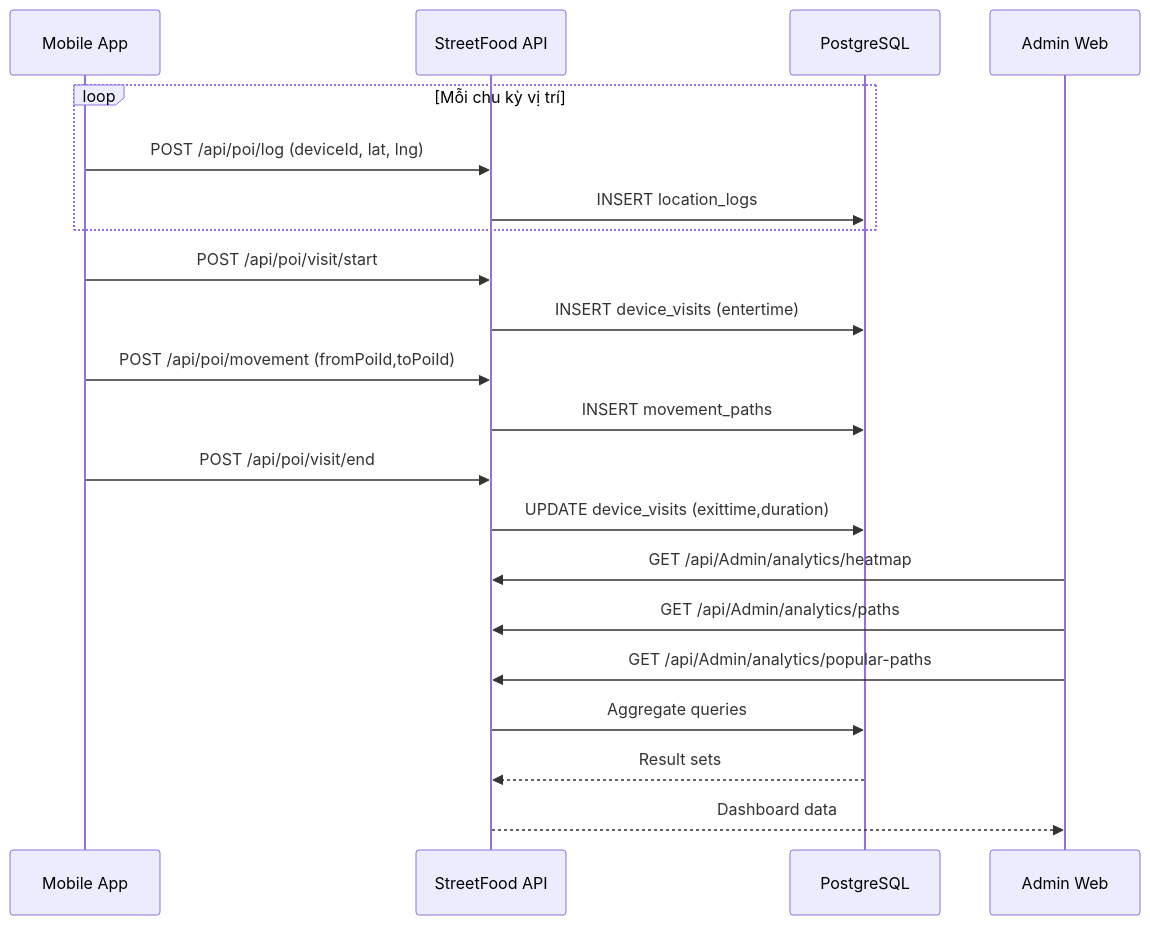
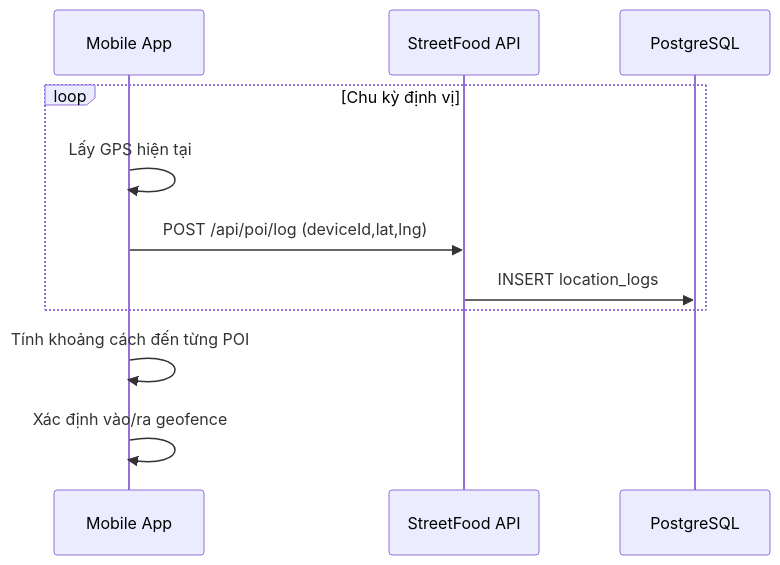
The tenth of 44 diagrams in prd.md (NguyenPhuc-Du/StreetFood), drawn with Mermaid before and after one commit. The commit also changed other lines of this file and 22 other files, not shown here.

````diff
--- a/prd.md
+++ b/prd.md
@@ -782,26 +789,14 @@
 ```mermaid
 sequenceDiagram
     participant M as Mobile App
     participant API as StreetFood API
     participant DB as PostgreSQL
-    participant A as Admin Web
 
-    loop Mỗi chu kỳ vị trí
-      M->>API: POST /api/poi/log (deviceId, lat, lng)
+    loop Chu kỳ định vị
+      M->>M: Lấy GPS hiện tại
+      M->>API: POST /api/poi/log (deviceId,lat,lng)
       API->>DB: INSERT location_logs
     end
-
-    M->>API: POST /api/poi/visit/start
-    API->>DB: INSERT device_visits (entertime)
-    M->>API: POST /api/poi/movement (fromPoiId,toPoiId)
-    API->>DB: INSERT movement_paths
-    M->>API: POST /api/poi/visit/end
-    API->>DB: UPDATE device_visits (exittime,duration)
-
-    A->>API: GET /api/Admin/analytics/heatmap
-    A->>API: GET /api/Admin/analytics/paths
-    A->>API: GET /api/Admin/analytics/popular-paths
-    API->>DB: Aggregate queries
-    DB-->>API: Result sets
-    API-->>A: Dashboard data
+    M->>M: Tính khoảng cách đến từng POI
+    M->>M: Xác định vào/ra geofence
 ```
````
